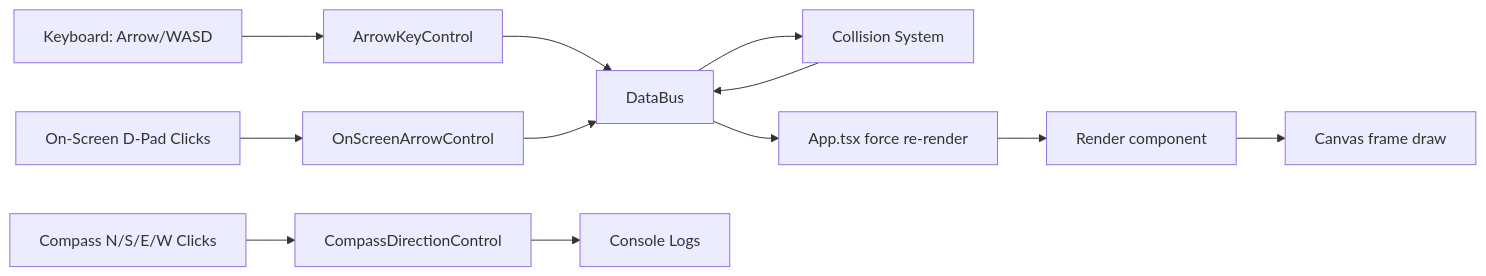
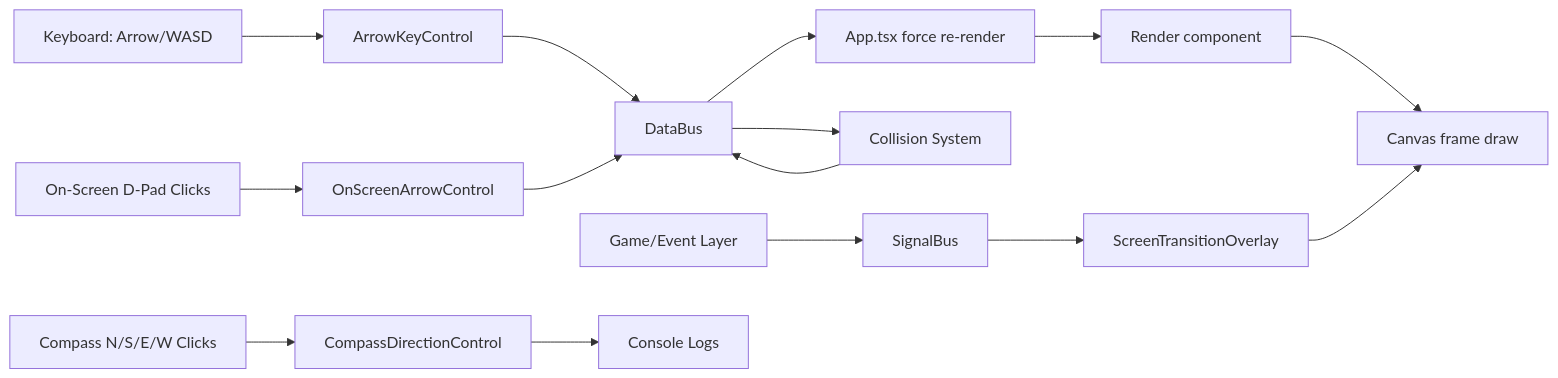
The diagram in docs/ARCHITECTURE.md (obskera/UrsaManus), drawn with Mermaid before and after one commit. The commit also changed other lines of this file and 11 other files, not shown here.

Commit message:
added basic screen transition

````diff
--- a/docs/ARCHITECTURE.md
+++ b/docs/ARCHITECTURE.md
@@ -9,17 +9,20 @@
 ```mermaid
 flowchart LR
     K[Keyboard: Arrow/WASD] --> AK[ArrowKeyControl]
     C[On-Screen D-Pad Clicks] --> OSC[OnScreenArrowControl]
     N[Compass N/S/E/W Clicks] --> CDC[CompassDirectionControl]
+    E[Game/Event Layer] --> SB[SignalBus]
+    SB --> STO[ScreenTransitionOverlay]
 
     AK --> DB[DataBus]
     OSC --> DB
     CDC --> LOG[Console Logs]
 
     DB --> CS[Collision System]
     CS --> DB
 
     DB --> APP[App.tsx force re-render]
     APP --> RENDER[Render component]
     RENDER --> CANVAS[Canvas frame draw]
+    STO --> CANVAS
 ```
````
